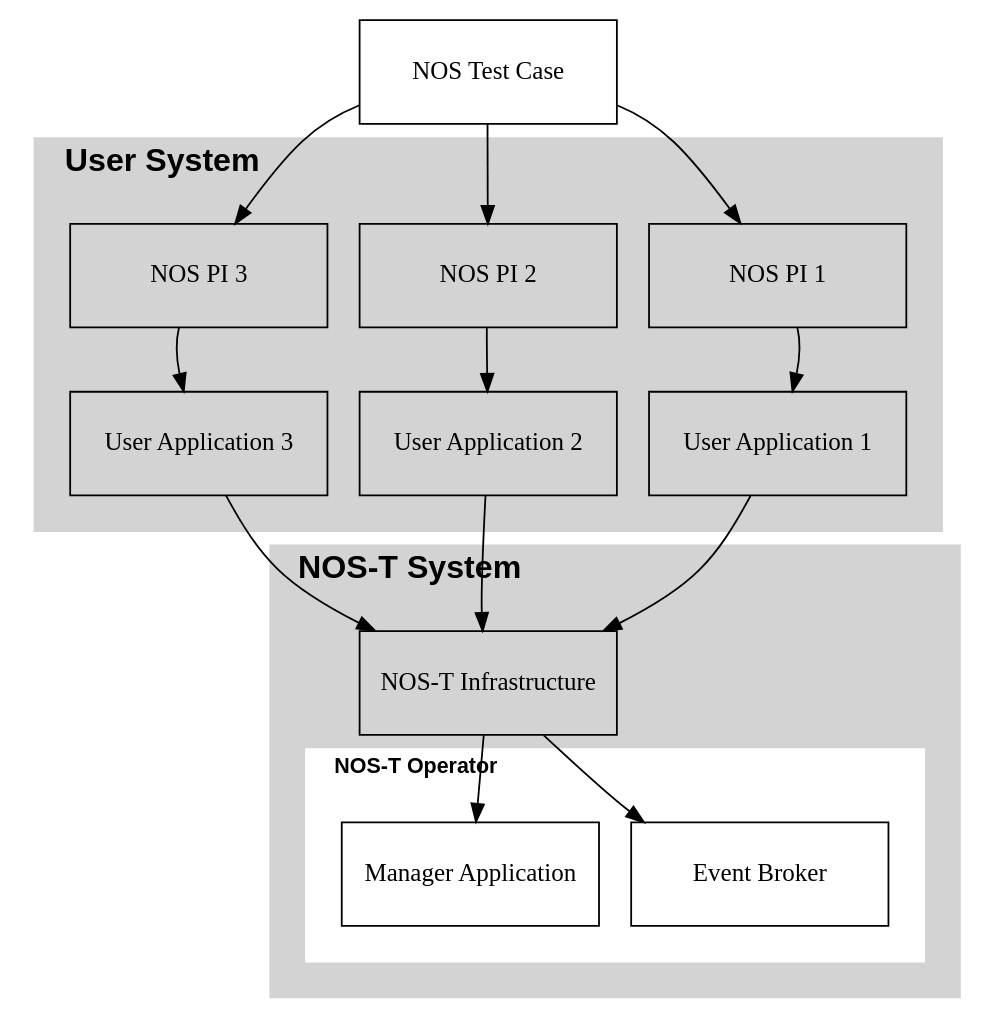
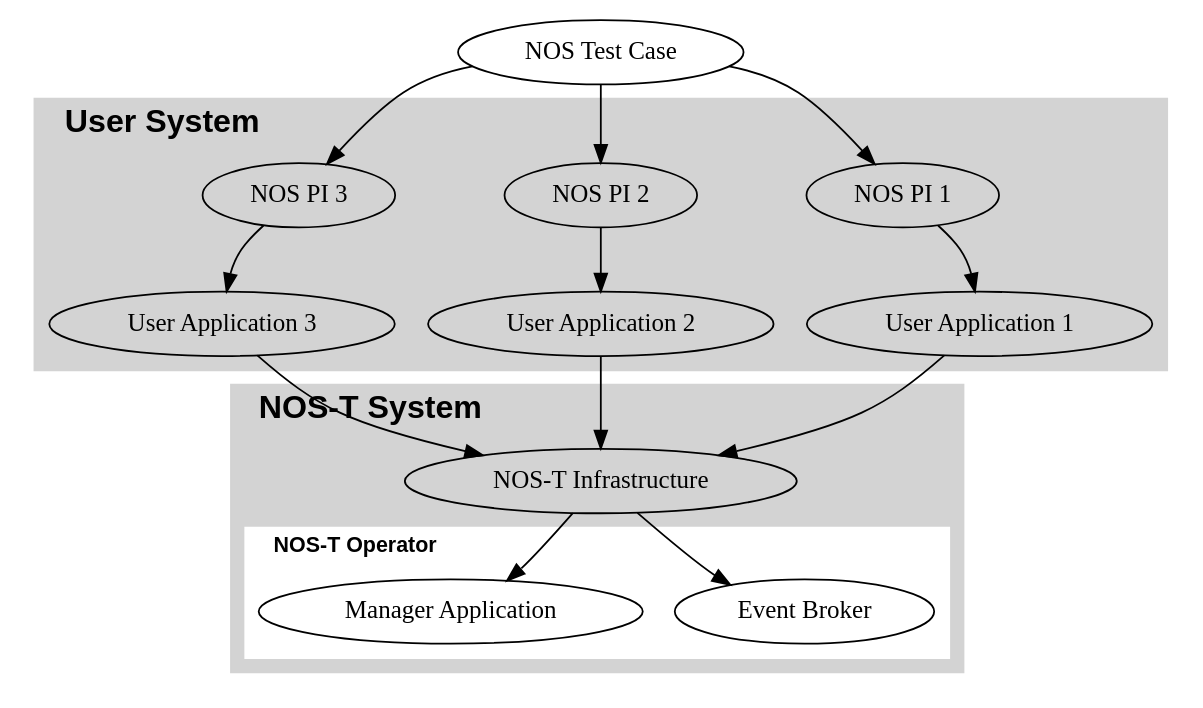
Before and after one commit to code-lab-org/nost-tools: the diagram in docs/source/index.rst, drawn with Graphviz.

Commit message:
add caption

```diff
--- a/docs/source/index.rst
+++ b/docs/source/index.rst
@@ -21,61 +21,57 @@
 .. graphviz::
+   :name: nos_t_concept
+   :caption: NOS-T Graphical Concept: Visual representation of the testbed architecture and operational flow
+   :alt: NOS-T conceptual diagram showing key components and workflows
    :align: center
 
    digraph {
       splines=curved;
       overlap=false;
-
-      // Set uniform node sizes
-      node [shape=box, fixedsize=true, width=2, height=0.8];
 
       "NOS Test Case" -> "NOS PI 1";
       "NOS Test Case" -> "NOS PI 2";
       "NOS Test Case" -> "NOS PI 3";
       
       subgraph cluster0 {
          style=filled;
          color=lightgrey;
          label="User System";
          labeljust="l";
          fontsize=18;
          fontname="Helvetica-Bold";
-         margin=20; // Add margin
-         minsize="5,5"; // Specify minimum size
          
          "NOS PI 1" -> "User Application 1";
          "NOS PI 2" -> "User Application 2";
          "NOS PI 3" -> "User Application 3";
          
       }
       
       subgraph cluster1 {
          style=filled;
          color=lightgrey;
          label="NOS-T System";
          labeljust="l";
          fontsize=18;
          fontname="Helvetica-Bold";
-         margin=20; // Add margin
-         minsize="5,5"; // Specify minimum size
          
          "NOS-T Infrastructure" -> "Event Broker";
          "NOS-T Infrastructure" -> "Manager Application";
          
          subgraph cluster2 {
                style=filled;
                color=white;
                labelloc="t";
                fontsize=12;
                label="NOS-T Operator";
                
                "Event Broker";
                "Manager Application";
                
          }
          
       }
       "User Application 1" -> "NOS-T Infrastructure";
       "User Application 2" -> "NOS-T Infrastructure";
       "User Application 3" -> "NOS-T Infrastructure";
       
    }
```
